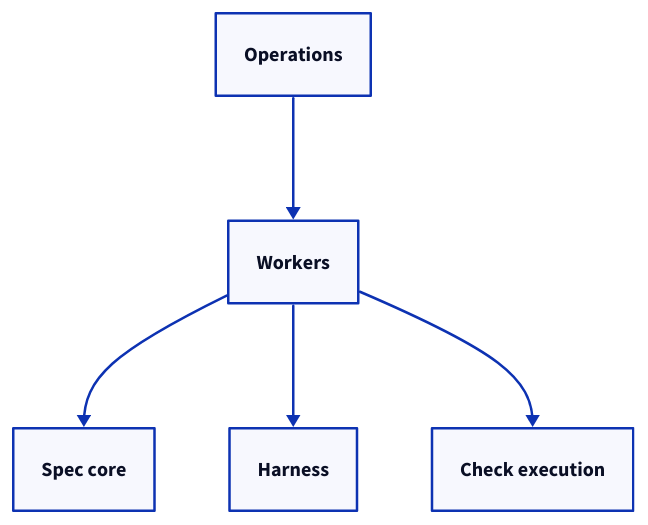
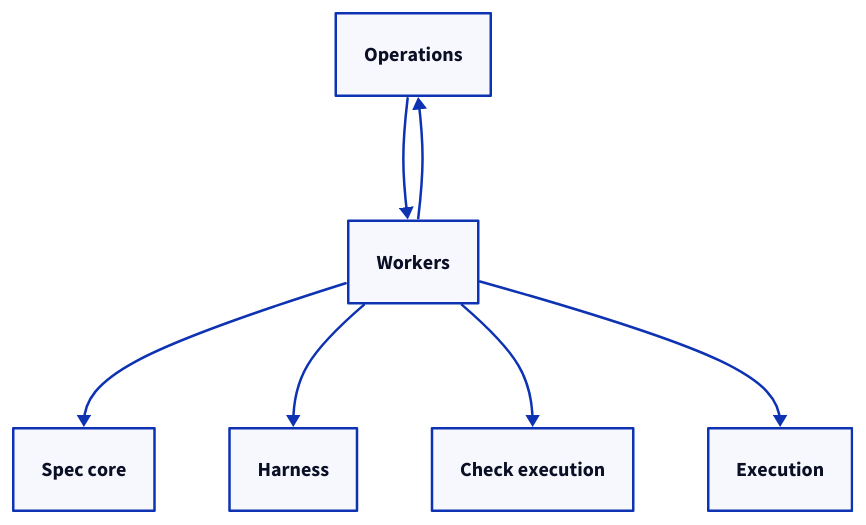
One commit to FTOD/concorde changed the second of 5 diagrams in specs/concorde/execution/workers/module.md. Above: the diagram before and after it, drawn with D2. The commit also changed other lines of this file and 90 other files, not shown here.

````diff
--- a/specs/concorde/execution/workers/module.md
+++ b/specs/concorde/execution/workers/module.md
@@ -328,11 +341,14 @@
 ```d2
 operations: Operations
 workers: Workers
 spec: Spec core
 harness: Harness
 checks: Check execution
+execution: Execution
 operations -> workers
 workers -> spec
 workers -> harness
 workers -> checks
+workers -> execution
+workers -> operations
 ```
````
